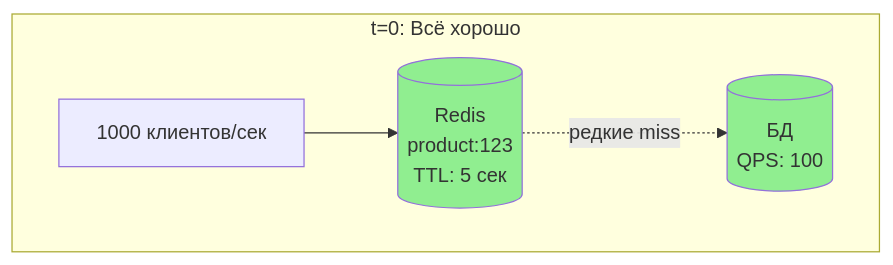
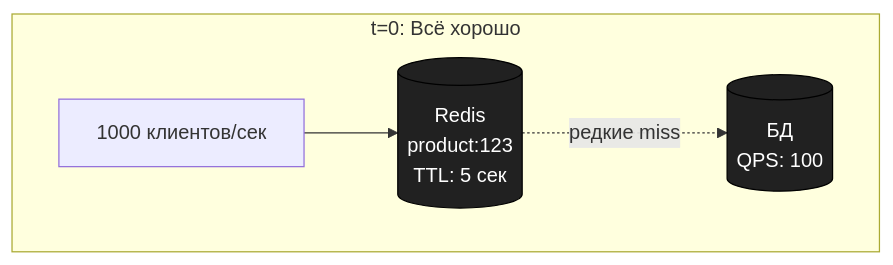
Before and after one commit to savinmikhail/advanced-system-design: diagram 16 of 19 in cache/readme.md, drawn with Mermaid. The commit also changed other lines of this file, not shown here.

Commit message:
вырвиглазный контраст схем, нечитаемый текст часто, редис можно квадратиками рисовать

````diff
--- a/cache/readme.md
+++ b/cache/readme.md
@@ -1293,14 +1305,14 @@
 ```mermaid
 graph TB
     subgraph "t=0: Всё хорошо"
         C1[1000 клиентов/сек]
         Redis1[(Redis<br/>product:123<br/>TTL: 5 сек)]
         DB1[(БД<br/>QPS: 100)]
     end
     
     C1 --> Redis1
     Redis1 -.->|редкие miss| DB1
-    
-    style Redis1 fill:#90EE90
-    style DB1 fill:#90EE90
+
+    classDef nodeDark fill:#212121,stroke:#000000,color:#ffffff;
+    class Redis1,DB1 nodeDark;
 ```
````
